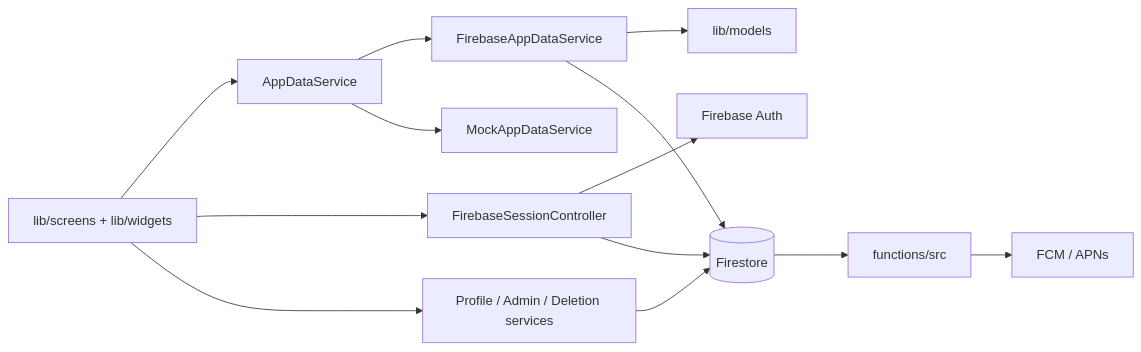
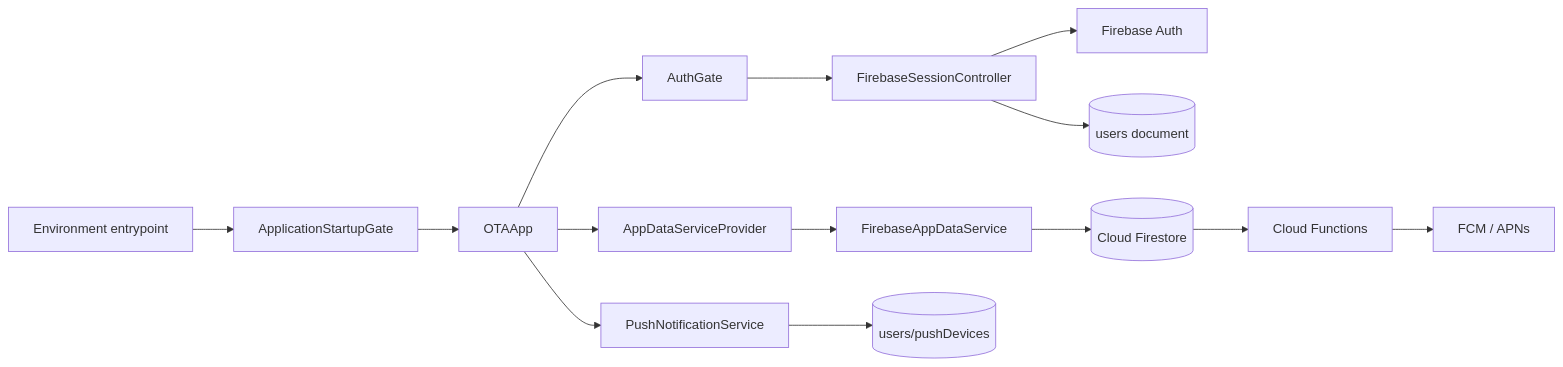
Before and after one commit to sudhamsusrimathirumala/OTA-Cheshire-Management-Platform: the first of 5 diagrams in docs/CODEBASE_GUIDE.md, drawn with Mermaid. The commit also changed other lines of this file, not shown here.

````diff
--- a/docs/CODEBASE_GUIDE.md
+++ b/docs/CODEBASE_GUIDE.md
@@ -9,15 +32,16 @@
 ```mermaid
 flowchart LR
-    UI[lib/screens + lib/widgets] --> Contract[AppDataService]
-    UI --> Session[FirebaseSessionController]
-    UI --> Writes[Profile / Admin / Deletion services]
-    Contract --> Reads[FirebaseAppDataService]
-    Contract --> Mock[MockAppDataService]
-    Reads --> Models[lib/models]
-    Reads --> Firestore[(Firestore)]
+    Entry[Environment entrypoint] --> Bootstrap[ApplicationStartupGate]
+    Bootstrap --> App[OTAApp]
+    App --> Gate[AuthGate]
+    Gate --> Session[FirebaseSessionController]
     Session --> Auth[Firebase Auth]
-    Session --> Firestore
-    Writes --> Firestore
-    Firestore --> Functions[functions/src]
+    Session --> UserDoc[(users document)]
+    App --> Provider[AppDataServiceProvider]
+    Provider --> Live[FirebaseAppDataService]
+    Live --> Store[(Cloud Firestore)]
+    App --> Push[PushNotificationService]
+    Push --> Devices[(users/pushDevices)]
+    Store --> Functions[Cloud Functions]
     Functions --> FCM[FCM / APNs]
 ```
````
